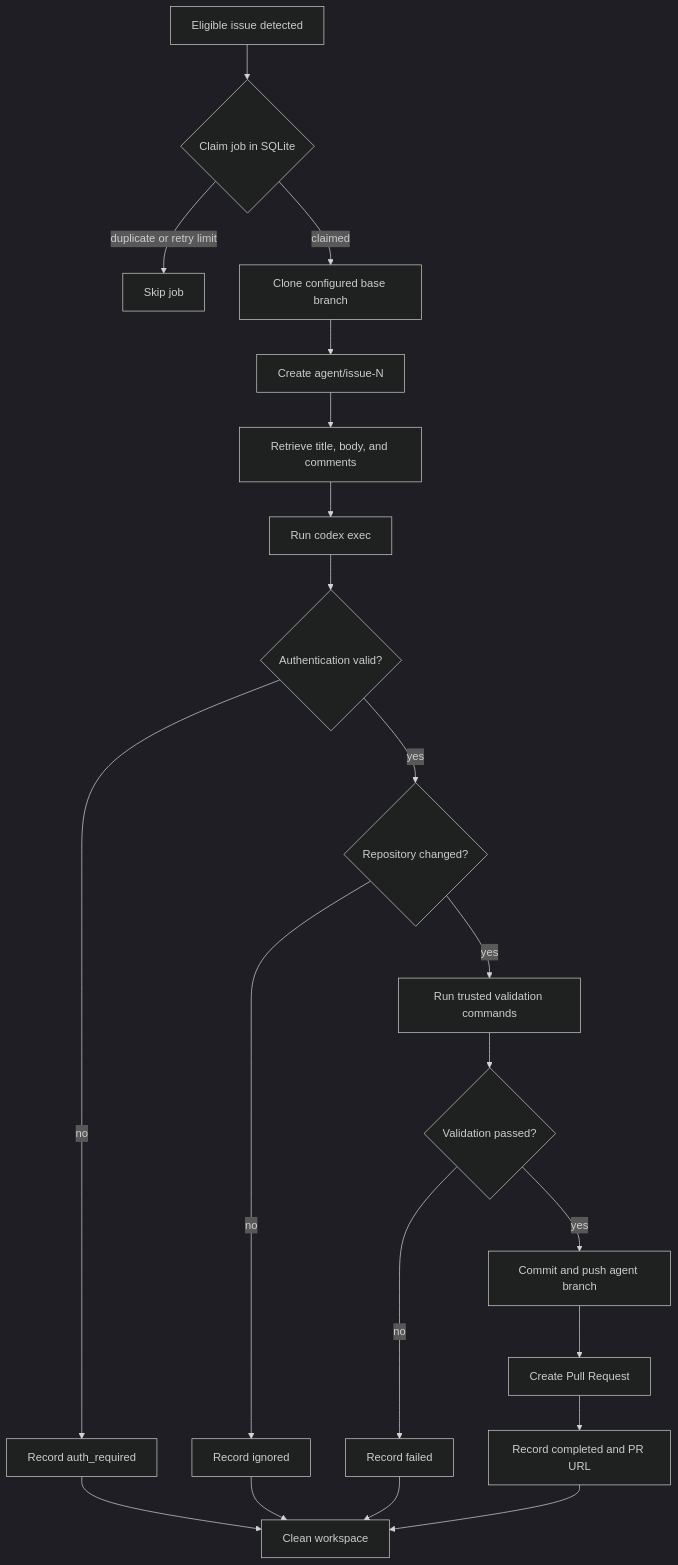
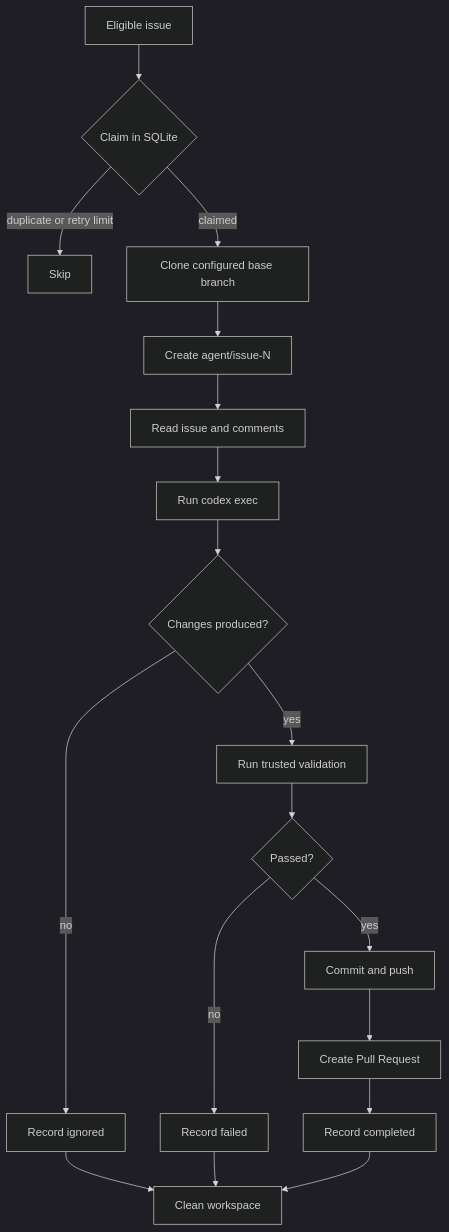
One commit to Guillermelo/codex-issue-worker changed the second of 2 diagrams in README.md. Above: the diagram before and after it, drawn with Mermaid (dark theme). The commit also changed other lines of this file, not shown here.

````diff
--- a/README.md
+++ b/README.md
@@ -227,24 +111,21 @@
 ```mermaid
 flowchart TD
-    detected[Eligible issue detected] --> claim{Claim job in SQLite}
-    claim -->|duplicate or retry limit| skip[Skip job]
+    issue[Eligible issue] --> claim{Claim in SQLite}
+    claim -->|duplicate or retry limit| skip[Skip]
     claim -->|claimed| clone[Clone configured base branch]
     clone --> branch[Create agent/issue-N]
-    branch --> context[Retrieve title, body, and comments]
-    context --> run[Run codex exec]
-    run --> auth{Authentication valid?}
-    auth -->|no| authRequired[Record auth_required]
-    auth -->|yes| changed{Repository changed?}
+    branch --> context[Read issue and comments]
+    context --> codex[Run codex exec]
+    codex --> changed{Changes produced?}
     changed -->|no| ignored[Record ignored]
-    changed -->|yes| validate[Run trusted validation commands]
-    validate --> result{Validation passed?}
-    result -->|no| failed[Record failed]
-    result -->|yes| publish[Commit and push agent branch]
-    publish --> pullRequest[Create Pull Request]
-    pullRequest --> completed[Record completed and PR URL]
+    changed -->|yes| validate[Run trusted validation]
+    validate --> passed{Passed?}
+    passed -->|no| failed[Record failed]
+    passed -->|yes| publish[Commit and push]
+    publish --> pr[Create Pull Request]
+    pr --> completed[Record completed]
 
-    authRequired --> cleanup[Clean workspace]
-    ignored --> cleanup
+    ignored --> cleanup[Clean workspace]
     failed --> cleanup
     completed --> cleanup
 ```
````
